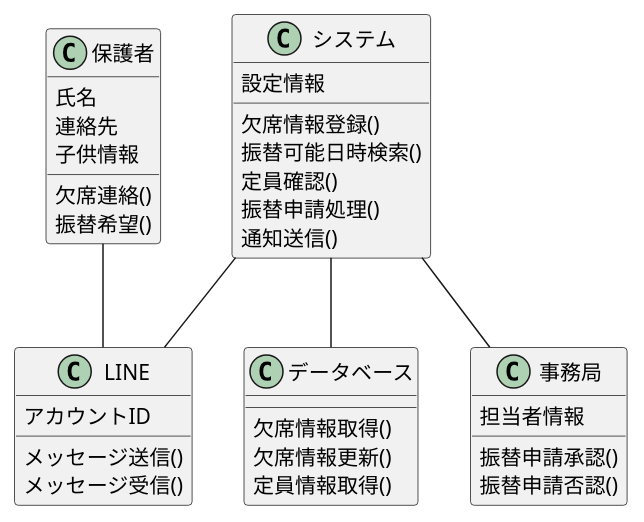
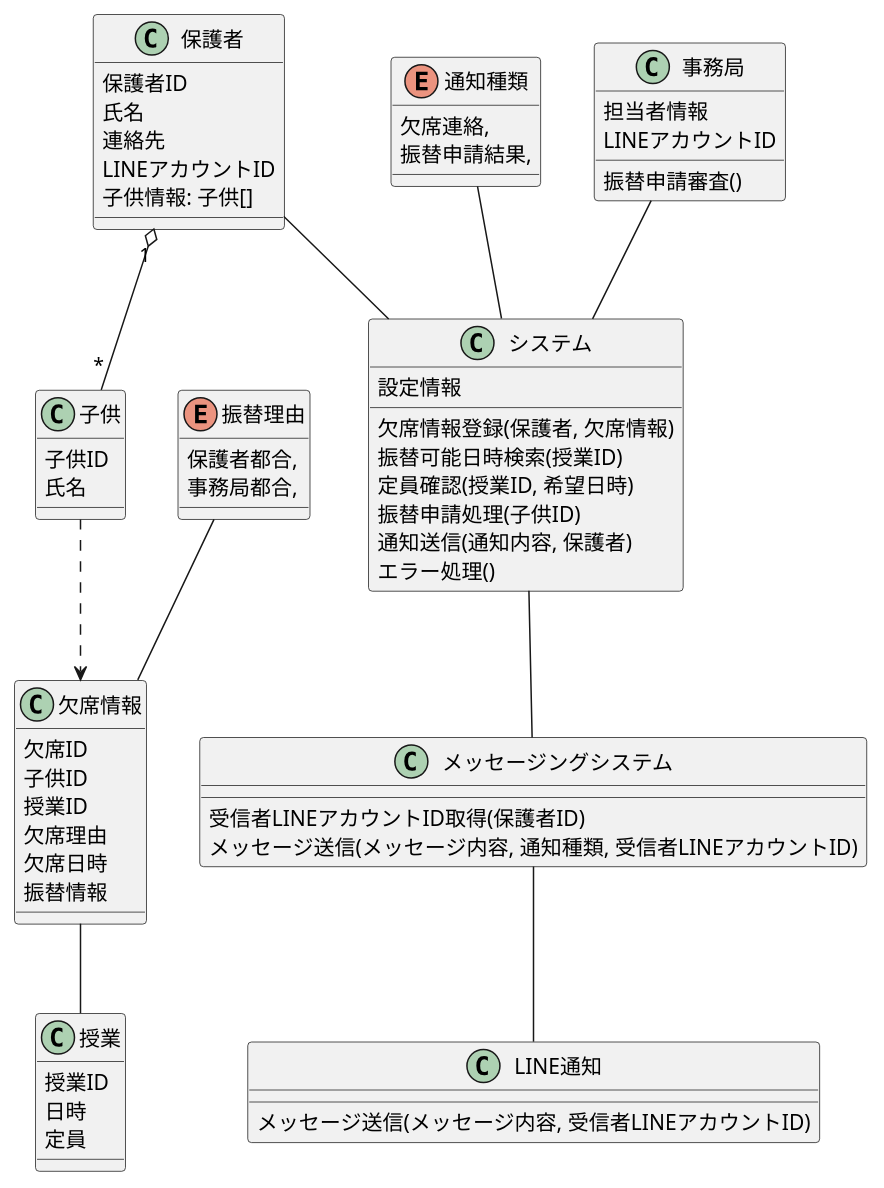
The diagram in documents/class.pu (ichi-rojin/naraigoto), drawn with PlantUML before and after one commit. The commit also changed 2 other files, not shown here.

```diff
--- a/documents/class.pu
+++ b/documents/class.pu
@@ -1,41 +1,75 @@
 @startuml
 class 保護者 {
+    保護者ID
     氏名
     連絡先
-    子供情報
-    欠席連絡()
-    振替希望()
+    LINEアカウントID
+    子供情報: 子供[]
 }
 
-class LINE {
-    アカウントID
-    メッセージ送信()
-    メッセージ受信()
+class 子供 {
+    子供ID
+    氏名
+}
+
+class 授業 {
+    授業ID
+    日時
+    定員
+}
+
+class 欠席情報 {
+    欠席ID
+    子供ID
+    授業ID
+    欠席理由
+    欠席日時
+    振替情報
+}
+
+enum 通知種類 {
+    欠席連絡,
+    振替申請結果,
+}
+
+enum 振替理由 {
+    保護者都合,
+    事務局都合,
+}
+
+class メッセージングシステム {
+    受信者LINEアカウントID取得(保護者ID)
+    メッセージ送信(メッセージ内容, 通知種類, 受信者LINEアカウントID)
+}
+
+class LINE通知 {
+    メッセージ送信(メッセージ内容, 受信者LINEアカウントID)
+}
+
+class 事務局 {
+    担当者情報
+    LINEアカウントID
+    振替申請審査()
 }
 
 class システム {
     設定情報
-    欠席情報登録()
-    振替可能日時検索()
-    定員確認()
-    振替申請処理()
-    通知送信()
+    欠席情報登録(保護者, 欠席情報)
+    振替可能日時検索(授業ID)
+    定員確認(授業ID, 希望日時)
+    振替申請処理(子供ID)
+    通知送信(通知内容, 保護者)
+    エラー処理()
 }
 
-class データベース {
-    欠席情報取得()
-    欠席情報更新()
-    定員情報取得()
-}
+システム -- メッセージングシステム
+メッセージングシステム -- LINE通知
+保護者 -- システム
+事務局 -- システム
+振替理由 -- 欠席情報
+通知種類 -- システム
 
-class 事務局 {
-    担当者情報
-    振替申請承認()
-    振替申請否認()
-}
-
-システム -- データベース
-システム -- LINE
-システム -- 事務局
-保護者 -- LINE
+保護者 "1" o-- "*" 子供
+子供 ..> 欠席情報
+欠席情報 -- 授業
 @enduml
```
